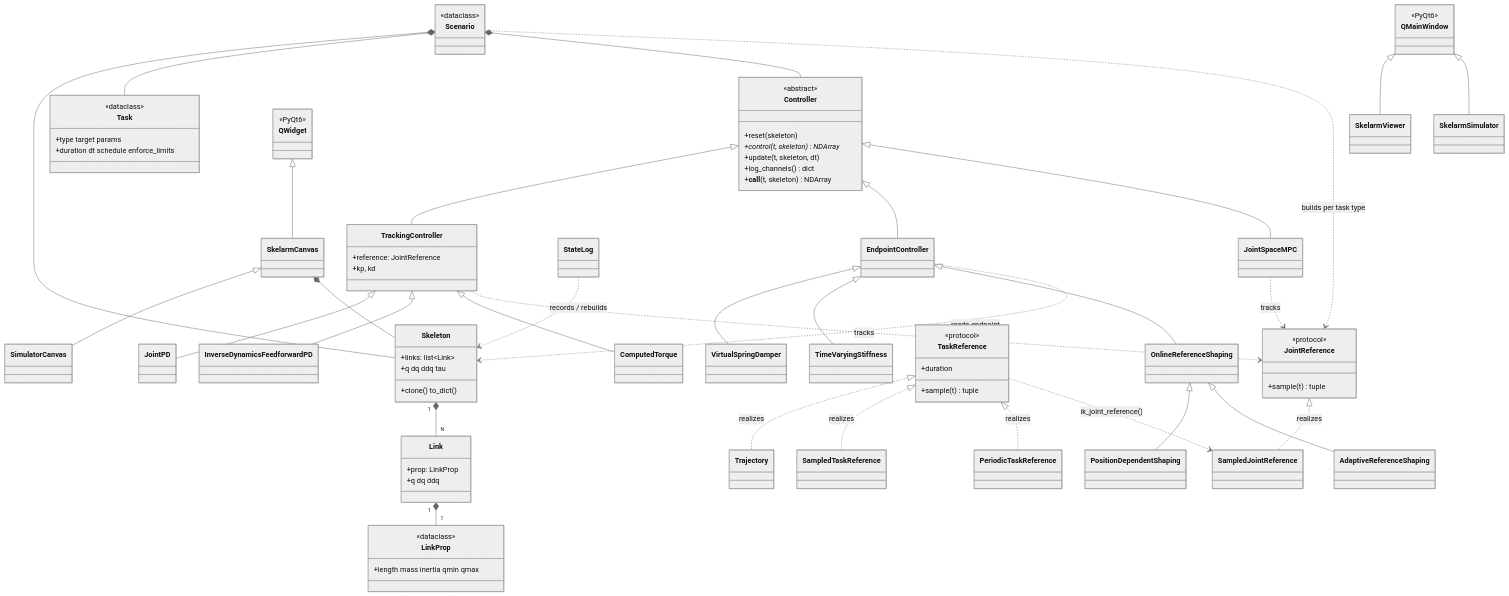
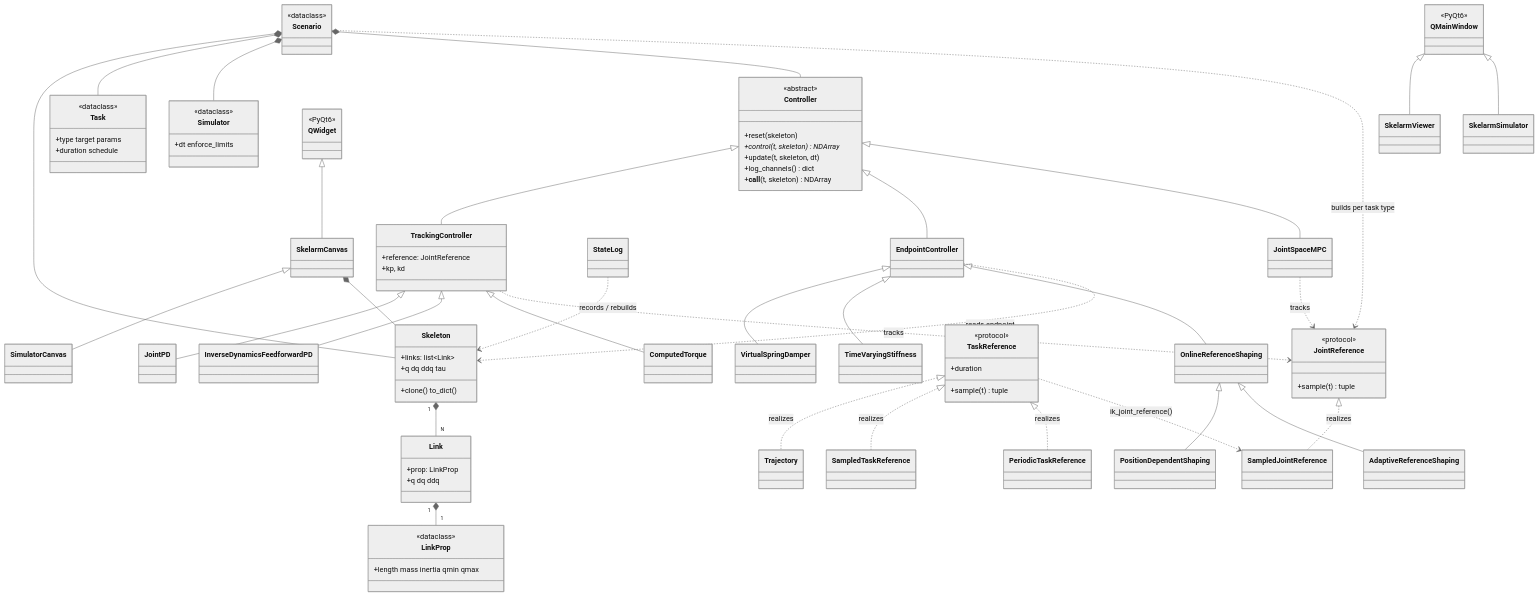
One commit to hrshtst/skelarm changed the diagram in docs/api/architecture.md. Above: the diagram before and after it, drawn with Mermaid (neutral theme). The commit also changed other lines of this file and 17 other files, not shown here.

```diff
--- a/docs/api/architecture.md
+++ b/docs/api/architecture.md
@@ -87,10 +87,15 @@
     class Task {
         <<dataclass>>
         +type  target  params
-        +duration  dt  schedule  enforce_limits
+        +duration  schedule
+    }
+    class Simulator {
+        <<dataclass>>
+        +dt  enforce_limits
     }
     Scenario *-- Skeleton
     Scenario *-- Task
+    Scenario *-- Simulator
     Scenario *-- Controller
     Scenario ..> JointReference : builds per task type
 
```
